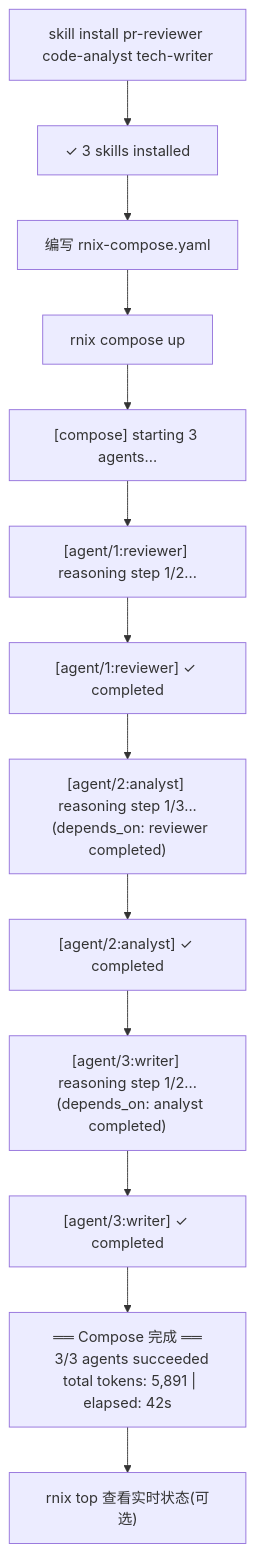
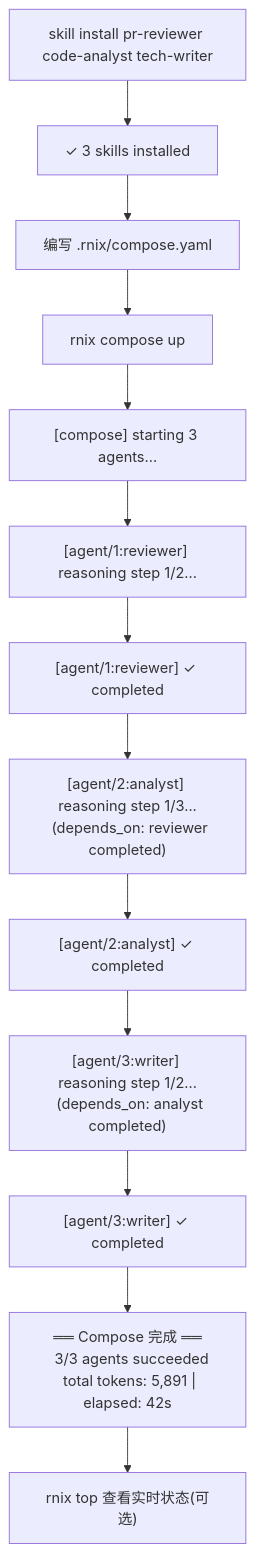
Before and after one commit to rnixai/rnix: the fourth of 8 diagrams in _bmad-output/planning-artifacts/ux-design-specification.md, drawn with Mermaid. The commit also changed other lines of this file and 15 other files, not shown here.

````diff
--- a/_bmad-output/planning-artifacts/ux-design-specification.md
+++ b/_bmad-output/planning-artifacts/ux-design-specification.md
@@ -980,15 +980,15 @@
 ```mermaid
 flowchart TD
     A["skill install pr-reviewer code-analyst tech-writer"] --> B["✓ 3 skills installed"]
-    B --> C[编写 rnix-compose.yaml]
+    B --> C[编写 .rnix/compose.yaml]
     C --> D["rnix compose up"]
     D --> E["[compose] starting 3 agents..."]
     E --> F["[agent/1:reviewer] reasoning step 1/2..."]
     F --> G["[agent/1:reviewer] ✓ completed"]
     G --> H["[agent/2:analyst] reasoning step 1/3...\n  (depends_on: reviewer completed)"]
     H --> I["[agent/2:analyst] ✓ completed"]
     I --> J["[agent/3:writer] reasoning step 1/2...\n  (depends_on: analyst completed)"]
     J --> K["[agent/3:writer] ✓ completed"]
     K --> L["══ Compose 完成 ══\n  3/3 agents succeeded\n  total tokens: 5,891 | elapsed: 42s"]
     L --> M["rnix top 查看实时状态(可选)"]
 ```
````
